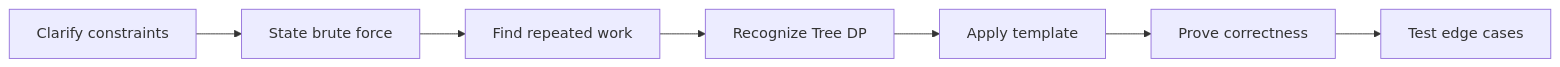
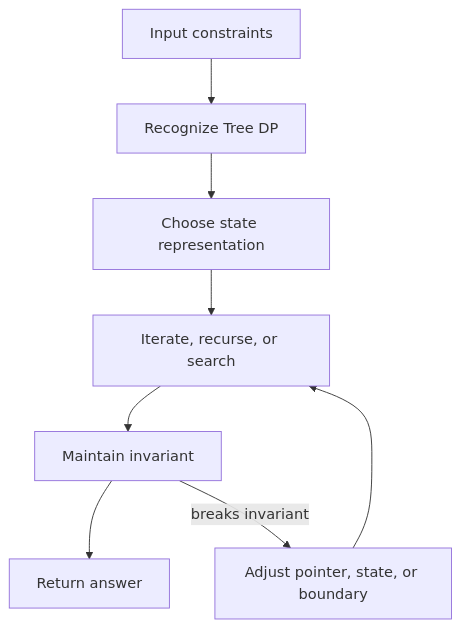
Before and after one commit to abstractinterviews/abstractinterviews.github.io: the second of 2 diagrams in coding-round/patterns/dynamic-programming-track/tree-dp/index.md, drawn with Mermaid. The commit also changed other lines of this file and 278 other files, not shown here.

````diff
--- a/coding-round/patterns/dynamic-programming-track/tree-dp/index.md
+++ b/coding-round/patterns/dynamic-programming-track/tree-dp/index.md
@@ -123,9 +121,10 @@
-~~~mermaid
-flowchart LR
-    A["Clarify constraints"] --> B["State brute force"]
-    B --> C["Find repeated work"]
-    C --> D["Recognize Tree DP"]
-    D --> E["Apply template"]
-    E --> F["Prove correctness"]
-    F --> G["Test edge cases"]
-~~~
+```mermaid
+flowchart TD
+    Input["Input constraints"] --> Pattern["Recognize Tree DP"]
+    Pattern --> State["Choose state representation"]
+    State --> Iterate["Iterate, recurse, or search"]
+    Iterate --> Check["Maintain invariant"]
+    Check --> Result["Return answer"]
+    Check -->|breaks invariant| Fix["Adjust pointer, state, or boundary"]
+    Fix --> Iterate
+```
````
